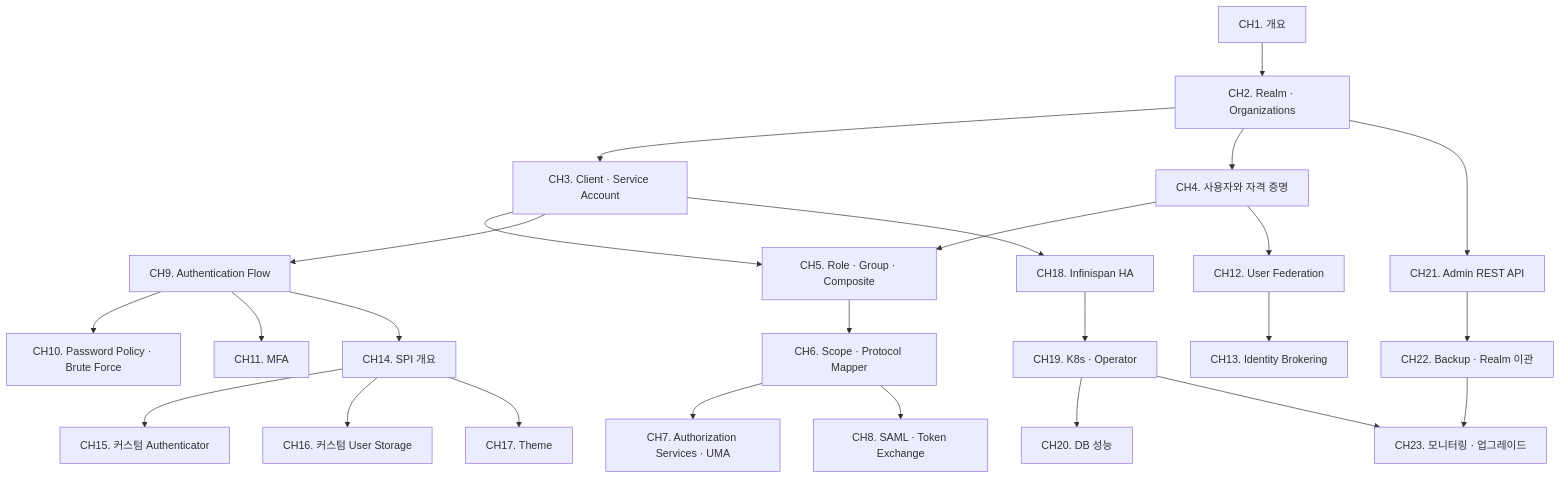
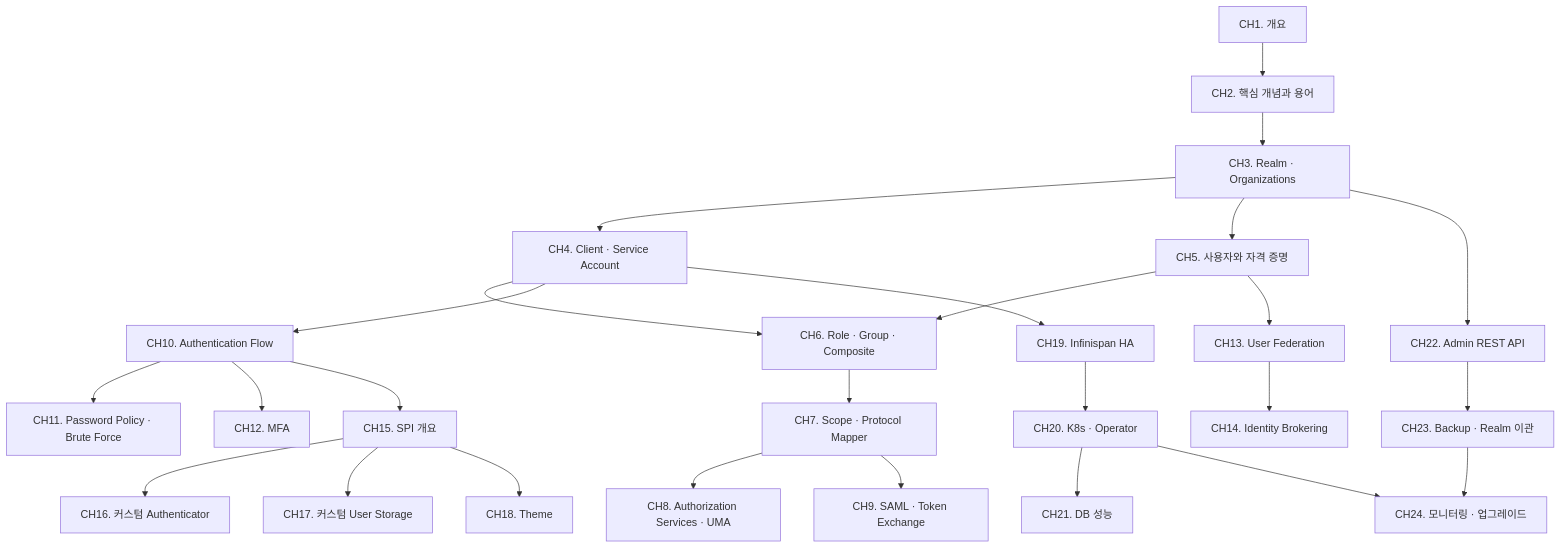
Before and after one commit to hobeen-kim/hobeen-kim.github.io: the diagram in docs/_study/keycloak/README.md, drawn with Mermaid. The commit also changed other lines of this file and 25 other files, not shown here.

````diff
--- a/docs/_study/keycloak/README.md
+++ b/docs/_study/keycloak/README.md
@@ -18,27 +18,28 @@
 ```mermaid
 flowchart TD
-    CH1[CH1. 개요] --> CH2[CH2. Realm · Organizations]
-    CH2 --> CH3[CH3. Client · Service Account]
-    CH2 --> CH4[CH4. 사용자와 자격 증명]
-    CH3 --> CH5[CH5. Role · Group · Composite]
-    CH4 --> CH5
-    CH5 --> CH6[CH6. Scope · Protocol Mapper]
-    CH6 --> CH7[CH7. Authorization Services · UMA]
-    CH6 --> CH8[CH8. SAML · Token Exchange]
-    CH3 --> CH9[CH9. Authentication Flow]
-    CH9 --> CH10[CH10. Password Policy · Brute Force]
-    CH9 --> CH11[CH11. MFA]
-    CH4 --> CH12[CH12. User Federation]
-    CH12 --> CH13[CH13. Identity Brokering]
-    CH9 --> CH14[CH14. SPI 개요]
-    CH14 --> CH15[CH15. 커스텀 Authenticator]
-    CH14 --> CH16[CH16. 커스텀 User Storage]
-    CH14 --> CH17[CH17. Theme]
-    CH3 --> CH18[CH18. Infinispan HA]
-    CH18 --> CH19[CH19. K8s · Operator]
-    CH19 --> CH20[CH20. DB 성능]
-    CH2 --> CH21[CH21. Admin REST API]
-    CH21 --> CH22[CH22. Backup · Realm 이관]
-    CH19 --> CH23[CH23. 모니터링 · 업그레이드]
-    CH22 --> CH23
+    CH1[CH1. 개요] --> CH2[CH2. 핵심 개념과 용어]
+    CH2 --> CH3[CH3. Realm · Organizations]
+    CH3 --> CH4[CH4. Client · Service Account]
+    CH3 --> CH5[CH5. 사용자와 자격 증명]
+    CH4 --> CH6[CH6. Role · Group · Composite]
+    CH5 --> CH6
+    CH6 --> CH7[CH7. Scope · Protocol Mapper]
+    CH7 --> CH8[CH8. Authorization Services · UMA]
+    CH7 --> CH9[CH9. SAML · Token Exchange]
+    CH4 --> CH10[CH10. Authentication Flow]
+    CH10 --> CH11[CH11. Password Policy · Brute Force]
+    CH10 --> CH12[CH12. MFA]
+    CH5 --> CH13[CH13. User Federation]
+    CH13 --> CH14[CH14. Identity Brokering]
+    CH10 --> CH15[CH15. SPI 개요]
+    CH15 --> CH16[CH16. 커스텀 Authenticator]
+    CH15 --> CH17[CH17. 커스텀 User Storage]
+    CH15 --> CH18[CH18. Theme]
+    CH4 --> CH19[CH19. Infinispan HA]
+    CH19 --> CH20[CH20. K8s · Operator]
+    CH20 --> CH21[CH21. DB 성능]
+    CH3 --> CH22[CH22. Admin REST API]
+    CH22 --> CH23[CH23. Backup · Realm 이관]
+    CH20 --> CH24[CH24. 모니터링 · 업그레이드]
+    CH23 --> CH24
 ```
````
